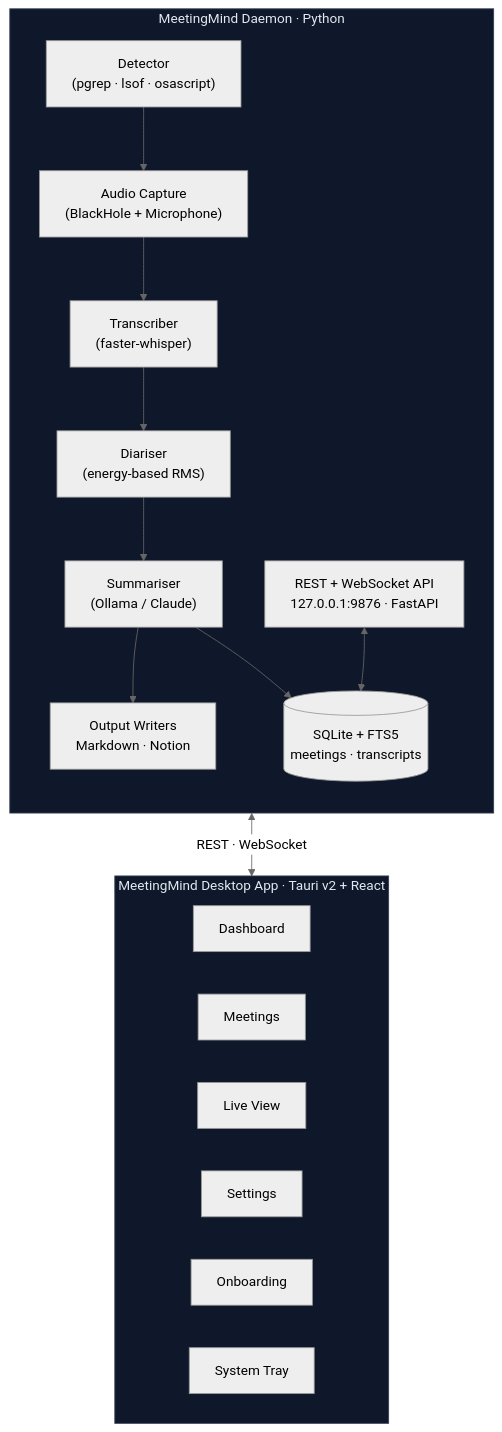
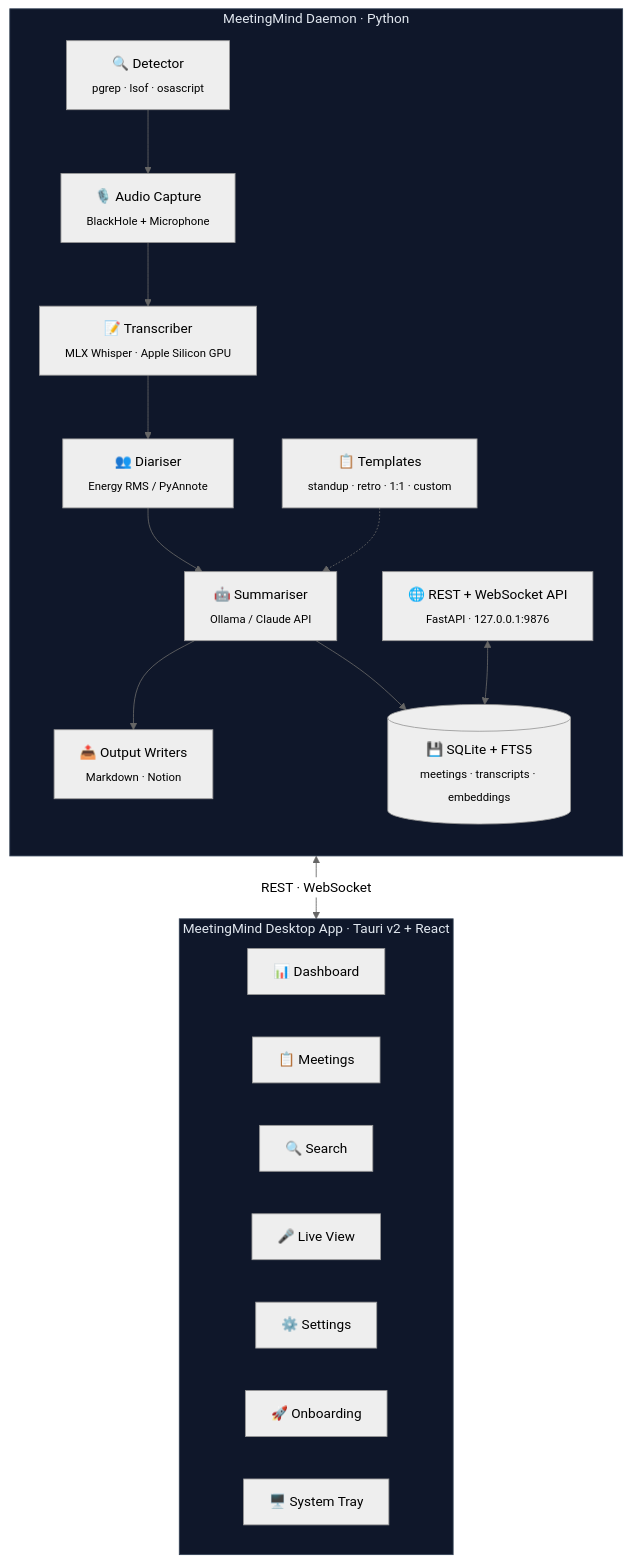
Before and after one commit to JWhite212/context-recall: the first of 3 diagrams in README.md, drawn with Mermaid (neutral theme). The commit also changed other lines of this file and 12 other files, not shown here.

First line of the commit message:
Add deferred processing, fix live audio bars, filter empty transcript segments, and update README

````diff
--- a/README.md
+++ b/README.md
@@ -46,33 +64,36 @@
 ```mermaid
 flowchart TB
     subgraph Daemon["MeetingMind Daemon · Python"]
         direction TB
-        Detect["Detector<br/>(pgrep · lsof · osascript)"]
-        Capture["Audio Capture<br/>(BlackHole + Microphone)"]
-        Transcribe["Transcriber<br/>(faster-whisper)"]
-        Diarise["Diariser<br/>(energy-based RMS)"]
-        Summarise["Summariser<br/>(Ollama / Claude)"]
-        API["REST + WebSocket API<br/>127.0.0.1:9876 · FastAPI"]
-        DB[("SQLite + FTS5<br/>meetings · transcripts")]
-        Output["Output Writers<br/>Markdown · Notion"]
+        Detect["🔍 Detector<br/><sub>pgrep · lsof · osascript</sub>"]
+        Capture["🎙️ Audio Capture<br/><sub>BlackHole + Microphone</sub>"]
+        Transcribe["📝 Transcriber<br/><sub>MLX Whisper · Apple Silicon GPU</sub>"]
+        Diarise["👥 Diariser<br/><sub>Energy RMS / PyAnnote</sub>"]
+        Summarise["🤖 Summariser<br/><sub>Ollama / Claude API</sub>"]
+        Templates["📋 Templates<br/><sub>standup · retro · 1:1 · custom</sub>"]
+        API["🌐 REST + WebSocket API<br/><sub>FastAPI · 127.0.0.1:9876</sub>"]
+        DB[("💾 SQLite + FTS5<br/><sub>meetings · transcripts · embeddings</sub>")]
+        Output["📤 Output Writers<br/><sub>Markdown · Notion</sub>"]
 
         Detect --> Capture --> Transcribe --> Diarise --> Summarise --> Output
+        Templates -.-> Summarise
         Summarise --> DB
         API <--> DB
     end
 
     subgraph UI["MeetingMind Desktop App · Tauri v2 + React"]
         direction LR
-        Dash["Dashboard"]
-        Meet["Meetings"]
-        Live["Live View"]
-        Settings["Settings"]
-        Onboard["Onboarding"]
-        Tray["System Tray"]
+        Dash["📊 Dashboard"]
+        Meet["📋 Meetings"]
+        Search["🔍 Search"]
+        Live["🎤 Live View"]
+        Settings["⚙️ Settings"]
+        Onboard["🚀 Onboarding"]
+        Tray["🖥️ System Tray"]
     end
 
-    API <-->|REST · WebSocket| UI
+    API <-->|"REST · WebSocket"| UI
 
     style Daemon fill:#0f172a,stroke:#334155,color:#e2e8f0
     style UI fill:#0f172a,stroke:#334155,color:#e2e8f0
 ```
````
